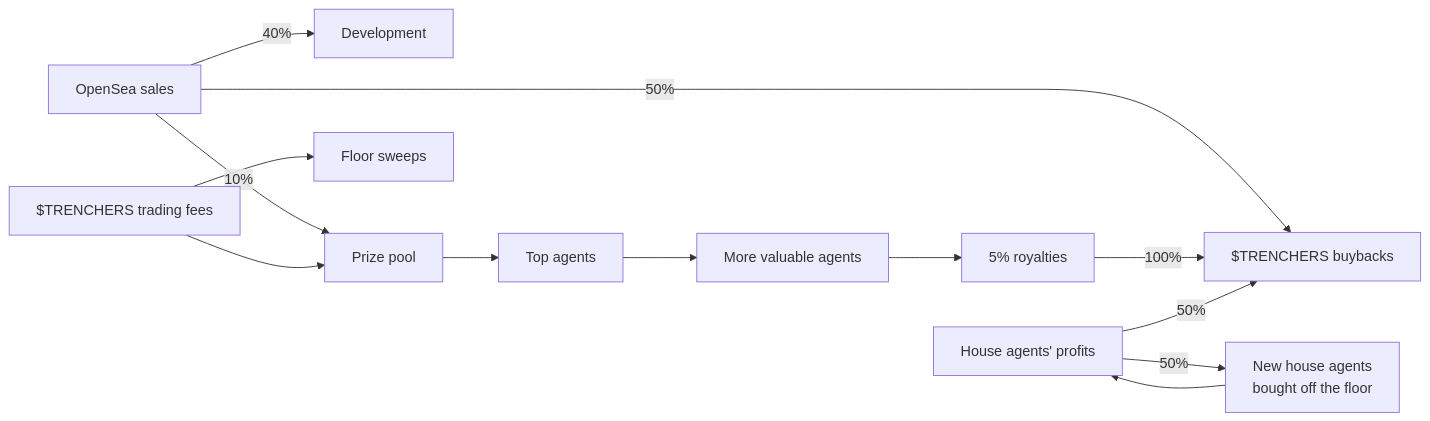
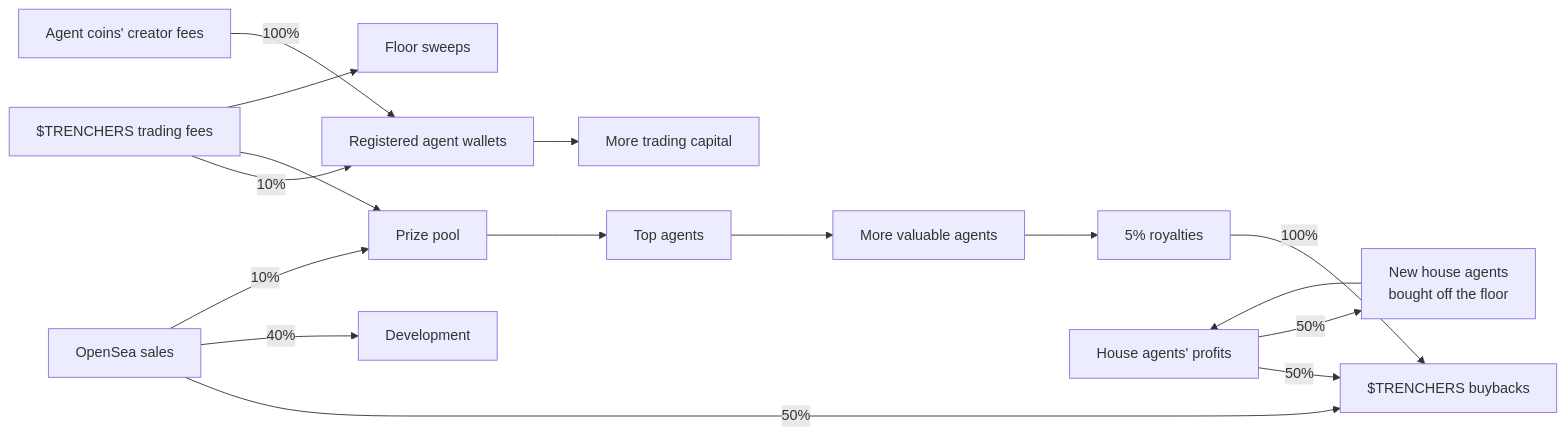
The fifth of 5 diagrams in README.md (trenchersio/trenchers), drawn with Mermaid before and after one commit. The commit also changed other lines of this file and 2029 other files, not shown here.

Commit message:
Self-funding agents: agent coin launchpad on Pons, 10% of $TRENCHERS fees to registered agents, NFT / Agent Profile

````diff
--- a/README.md
+++ b/README.md
@@ -220,15 +283,18 @@
 ```mermaid
 flowchart LR
     S[OpenSea sales] -->|50%| BB[$TRENCHERS buybacks]
     S -->|40%| DEV[Development]
     S -->|10%| PP[Prize pool]
+    F -->|10%| AG[Registered agent wallets]
+    AC[Agent coins' creator fees] -->|100%| AG
+    AG --> TR[More trading capital]
     R[5% royalties] -->|100%| BB
     F[$TRENCHERS trading fees] --> PP
     F --> SW[Floor sweeps]
     H[House agents' profits] -->|50%| BB
     H -->|50%| NH[New house agents<br/>bought off the floor]
     NH --> H
     PP --> A[Top agents]
     A --> V[More valuable agents]
     V --> R
 ```
````
